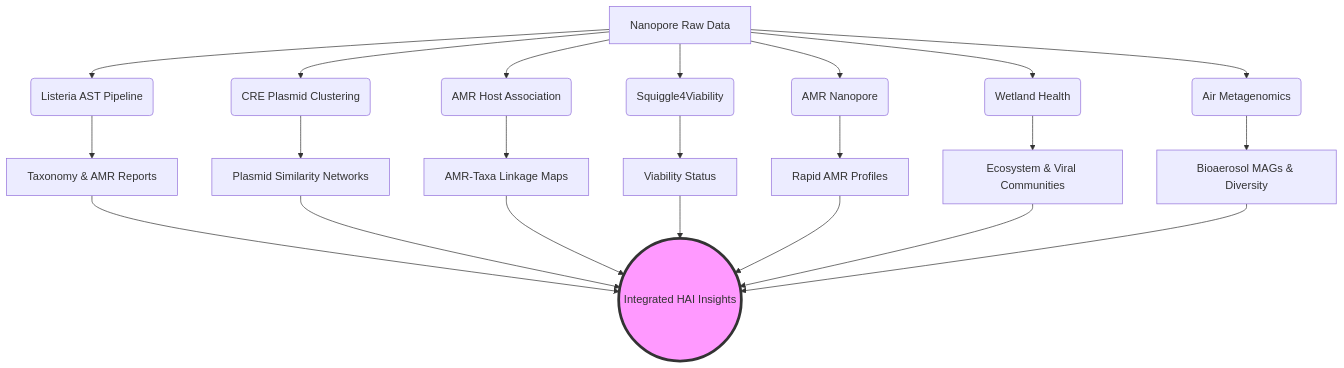
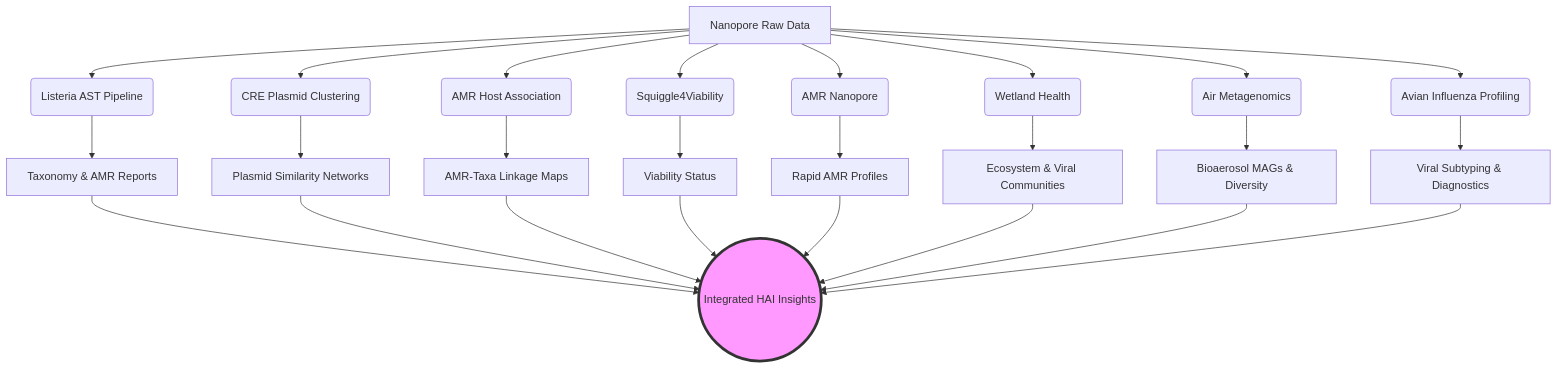
The diagram in README.md (ttmgr/GenomicsForOneHealth), drawn with Mermaid before and after one commit. The commit also changed other lines of this file and 13 other files, not shown here.

Commit message:
feat: integrate Avian-Influenza-Profiling pipeline

````diff
--- a/README.md
+++ b/README.md
@@ -107,28 +120,31 @@
 ```mermaid
 graph TD
     A[Nanopore Raw Data] --> B(Listeria AST Pipeline)
     A --> C(CRE Plasmid Clustering)
     A --> D(AMR Host Association)
     A --> I(Squiggle4Viability)
     A --> J(AMR Nanopore)
     A --> M(Wetland Health)
     A --> N(Air Metagenomics)
+    A --> Q(Avian Influenza Profiling)
     
     B --> E[Taxonomy & AMR Reports]
     C --> F[Plasmid Similarity Networks]
     D --> G[AMR-Taxa Linkage Maps]
     I --> K[Viability Status]
     J --> L[Rapid AMR Profiles]
     M --> O[Ecosystem & Viral Communities]
     N --> P[Bioaerosol MAGs & Diversity]
+    Q --> R[Viral Subtyping & Diagnostics]
     
     E --> H((Integrated HAI Insights))
     F --> H
     G --> H
     K --> H
     L --> H
     O --> H
     P --> H
+    R --> H
     
     style H fill:#f9f,stroke:#333,stroke-width:4px
 ```
````
